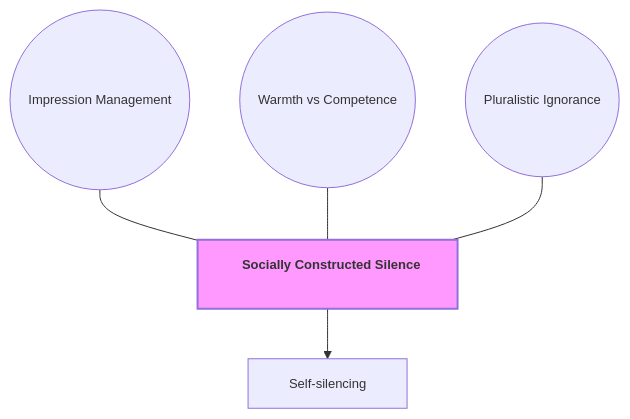
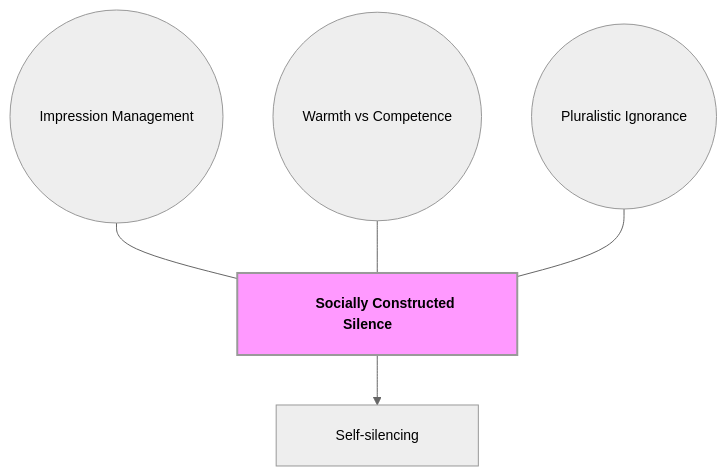
One commit to GM024/CourseSummaries changed the third of 7 diagrams in Communication_Influence/Mastery_Guide_SOW_BS033.md. Above: the diagram before and after it, drawn with Mermaid. The commit also changed other lines of this file, not shown here.

Commit message:
Final GitHub-Bulletproof Encyclopedia: Fixed alignment, 14px native font, and 150w+ APA Figure descriptions

````diff
--- a/Communication_Influence/Mastery_Guide_SOW_BS033.md
+++ b/Communication_Influence/Mastery_Guide_SOW_BS033.md
@@ -133,13 +116,13 @@
 ```mermaid
-%%{init: { 'flowchart': { 'padding': 15, 'nodeSpacing': 50, 'rankSpacing': 50, 'curve': 'basis' }, 'themeVariables': { 'fontSize': '13px' }}}%%
+%%{init: { 'flowchart': { 'padding': 20, 'nodeSpacing': 50, 'rankSpacing': 50, 'useMaxWidth': false }, 'theme': 'neutral', 'themeVariables': { 'fontSize': '14px' }}}%%
 graph TD
-    Hub["&nbsp;&nbsp; Socially Constructed Silence &nbsp;&nbsp;"]:::hubNode
+    Hub["&nbsp;&nbsp;&nbsp;&nbsp; Socially Constructed Silence &nbsp;&nbsp;&nbsp;&nbsp;"]:::hubNode
     
-    S1(("&nbsp;&nbsp; Impression Management &nbsp;&nbsp;")) --- Hub
-    S2(("&nbsp;&nbsp; Warmth vs Competence &nbsp;&nbsp;")) --- Hub
-    S3(("&nbsp;&nbsp; Pluralistic Ignorance &nbsp;&nbsp;")) --- Hub
+    S1(("&nbsp;&nbsp;&nbsp;&nbsp; Impression Management &nbsp;&nbsp;&nbsp;&nbsp;")) --- Hub
+    S2(("&nbsp;&nbsp;&nbsp;&nbsp; Warmth vs Competence &nbsp;&nbsp;&nbsp;&nbsp;")) --- Hub
+    S3(("&nbsp;&nbsp;&nbsp;&nbsp; Pluralistic Ignorance &nbsp;&nbsp;&nbsp;&nbsp;")) --- Hub
     
-    Hub --> B1["&nbsp;&nbsp; Self-silencing &nbsp;&nbsp;"]
+    Hub --> B1["&nbsp;&nbsp;&nbsp;&nbsp; Self-silencing &nbsp;&nbsp;&nbsp;&nbsp;"]
     
     classDef hubNode font-weight:bold,stroke-width:2px,fill:#f9f;
 ```
````
